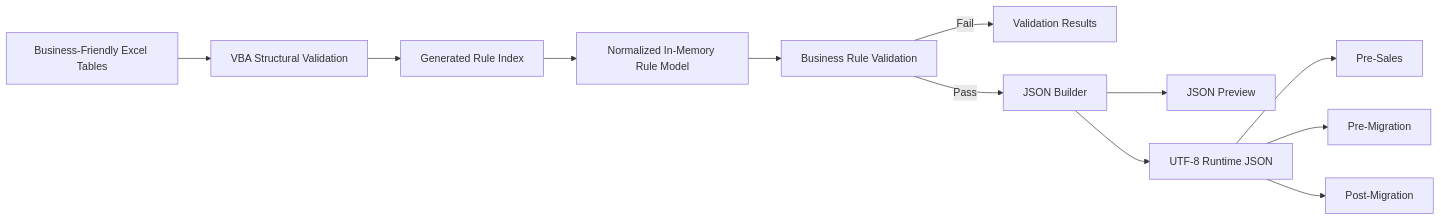
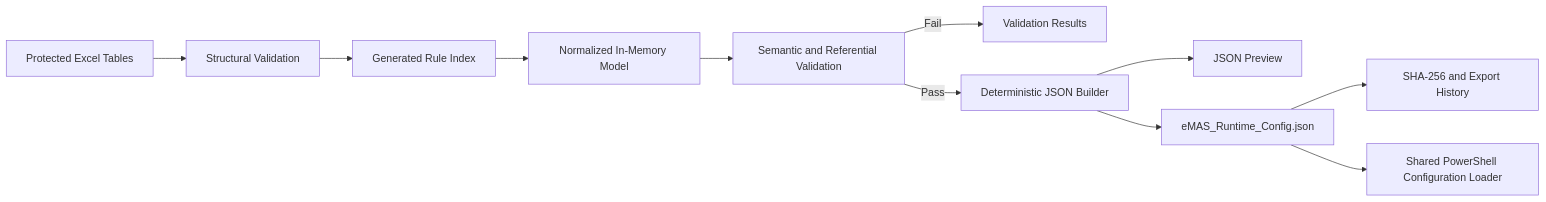
One commit to MightyM-ouse/eMAS changed the diagram in docs/configuration/02_eMAS_Mapping_Configuration_Technical_Requirements.md. Above: the diagram before and after it, drawn with Mermaid. The commit also changed other lines of this file, not shown here.

````diff
--- a/docs/configuration/02_eMAS_Mapping_Configuration_Technical_Requirements.md
+++ b/docs/configuration/02_eMAS_Mapping_Configuration_Technical_Requirements.md
@@ -24,14 +25,13 @@
 ```mermaid
 flowchart LR
-    A[Business-Friendly Excel Tables] --> B[VBA Structural Validation]
+    A[Protected Excel Tables] --> B[Structural Validation]
     B --> C[Generated Rule Index]
-    C --> D[Normalized In-Memory Rule Model]
-    D --> E[Business Rule Validation]
+    C --> D[Normalized In-Memory Model]
+    D --> E[Semantic and Referential Validation]
     E -->|Fail| F[Validation Results]
-    E -->|Pass| G[JSON Builder]
+    E -->|Pass| G[Deterministic JSON Builder]
     G --> H[JSON Preview]
-    G --> I[UTF-8 Runtime JSON]
-    I --> J[Pre-Sales]
-    I --> K[Pre-Migration]
-    I --> L[Post-Migration]
+    G --> I[eMAS_Runtime_Config.json]
+    I --> J[SHA-256 and Export History]
+    I --> K[Shared PowerShell Configuration Loader]
 ```
````
